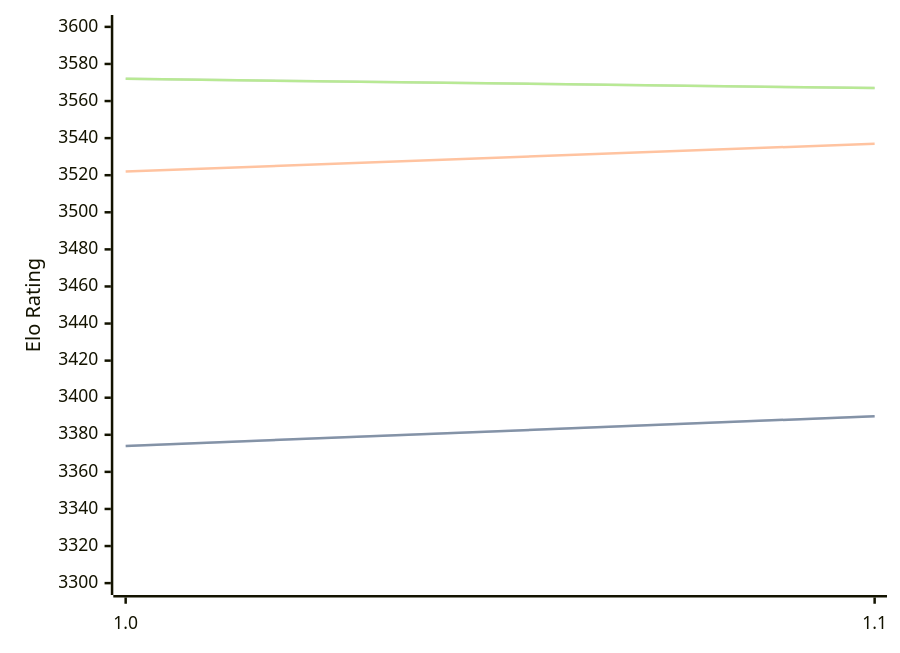
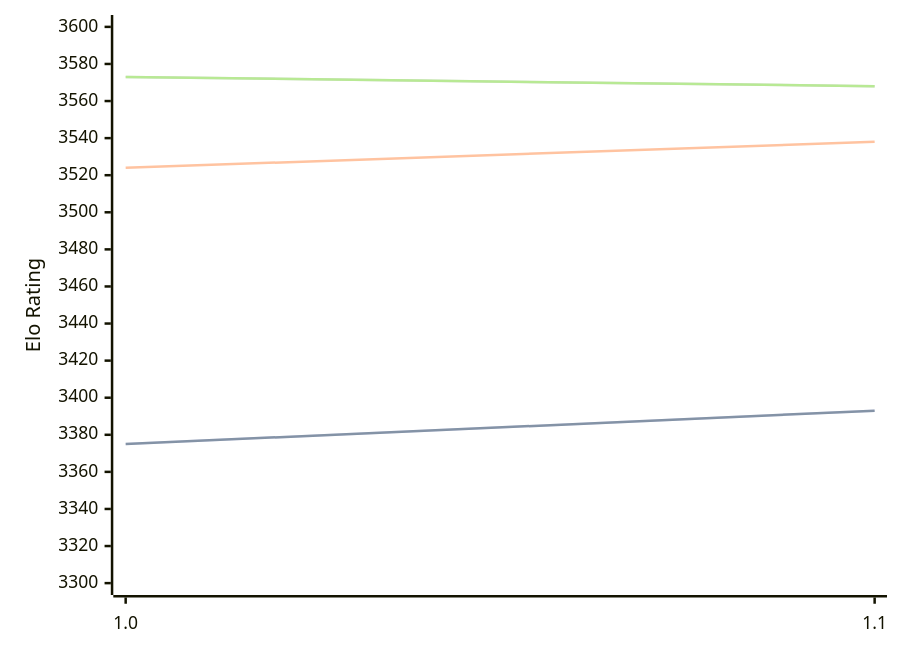
The diagram in engines/Horsie.md (computer-chess-index/cci), drawn with Mermaid before and after one commit. The commit also changed other lines of this file, not shown here.

Commit message:
Update CCI Ratings (ELO VLTC) - 2026-02-21

````diff
--- a/engines/Horsie.md
+++ b/engines/Horsie.md
@@ -29,11 +29,11 @@
 ```mermaid
 %%{init: {"theme":"base","themeVariables":{"seriesColors:['#a3a3a3','#222221','#faa371']}}}%%
 xychart-beta
   x-axis ["1.0", "1.1"]
   y-axis "Elo Rating" 3300 --> 3600
-  line "STC (8.0+0.08s)" [3374, 3390]
-  line "STC (8.0+0.08s)" [3374, 3390]
-  line "LTC (60.0+0.60s)" [3522, 3537]
-  line "VLTC (2m24s+1.12s)" [3572, 3567]
-  line "VLTC (2m24s+1.12s)" [3572, 3567]
+  line "STC (8.0+0.08s)" [3375, 3393]
+  line "STC (8.0+0.08s)" [3375, 3393]
+  line "LTC (60.0+0.60s)" [3524, 3538]
+  line "VLTC (2m24s+1.12s)" [3573, 3568]
+  line "VLTC (2m24s+1.12s)" [3573, 3568]
 ```
````
